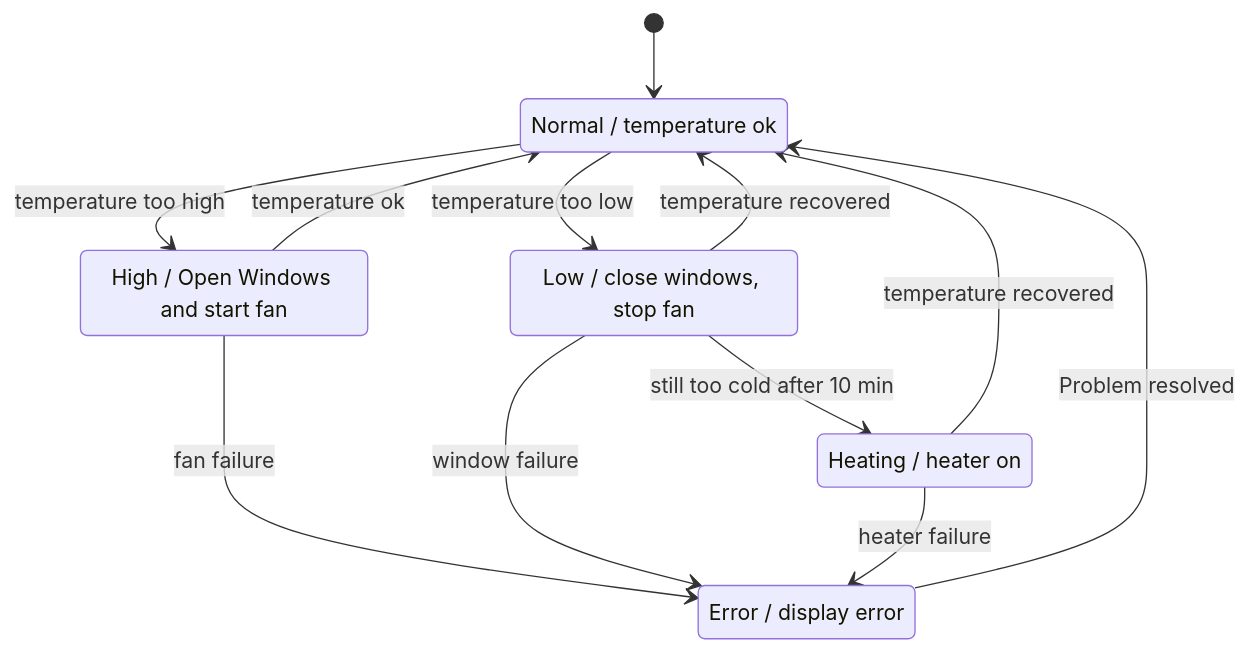
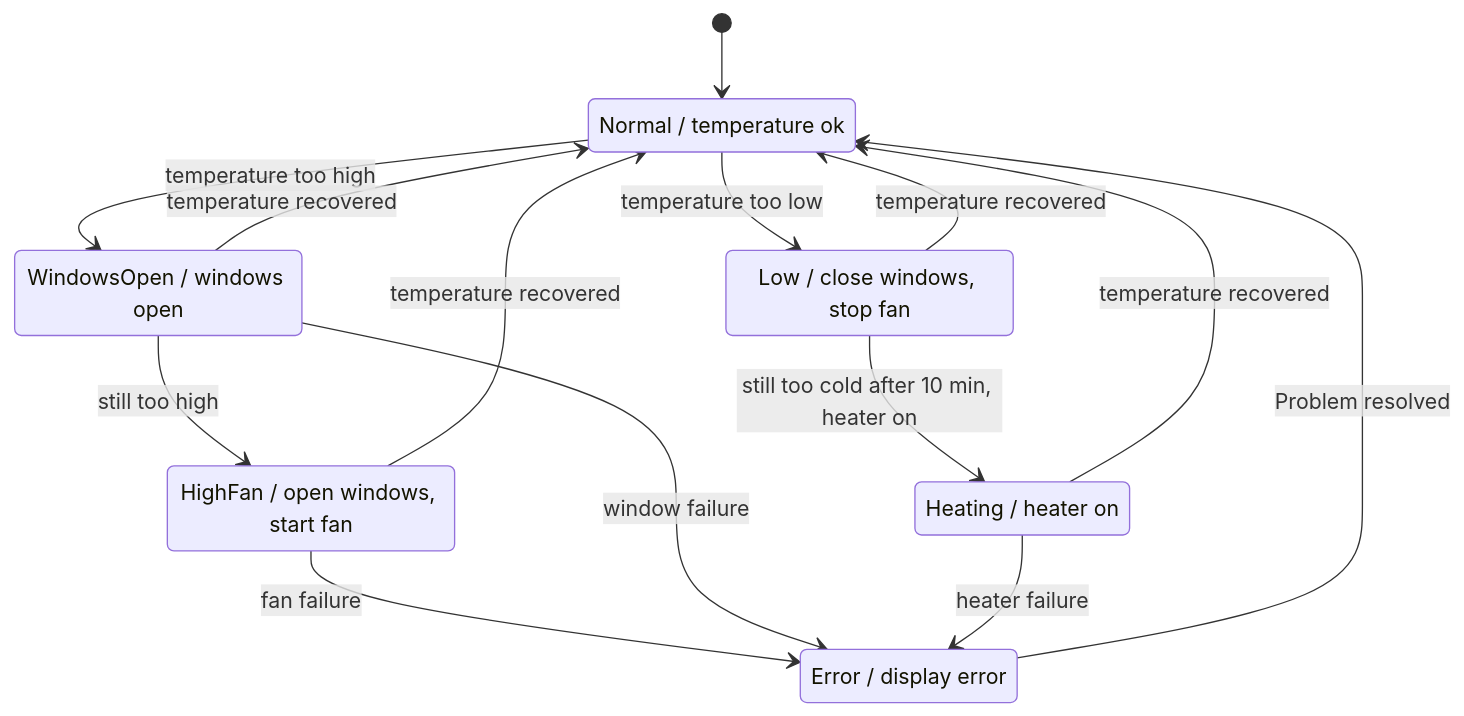
One commit to elisabettadalmasso/system-design-diagrams changed the diagram in smart-greenhouse/smart-greenhouse-state-temperature.md. Above: the diagram before and after it, drawn with Mermaid. The commit also changed 2 other files, not shown here.

Commit message:
docs: add smart greenhouse sequence diagram, update temperature and light state diagrams

````diff
--- a/smart-greenhouse/smart-greenhouse-state-temperature.md
+++ b/smart-greenhouse/smart-greenhouse-state-temperature.md
@@ -1,19 +1,22 @@
 ```mermaid
 stateDiagram-v2
    [*] --> Normal 
    Normal : Normal / temperature ok
-   Normal --> High : temperature too high
-   High : High / Open Windows and start fan 
-   High --> Normal : temperature ok
+   Normal --> WindowsOpen : temperature too high
+   WindowsOpen : WindowsOpen / windows open
+   WindowsOpen --> Normal : temperature recovered
+   WindowsOpen --> HighFan : still too high
+   HighFan : HighFan / open windows, start fan
+   HighFan --> Normal : temperature recovered
+   HighFan --> Error : fan failure
+   WindowsOpen --> Error : window failure
    Normal --> Low : temperature too low
    Low : Low / close windows, stop fan
-   Low --> Heating : still too cold after 10 min
+   Low --> Heating : still too cold after 10 min, heater on
    Low --> Normal : temperature recovered
    Heating : Heating / heater on
    Heating --> Normal : temperature recovered
-   High --> Error : fan failure
-   Low --> Error : window failure
    Heating --> Error : heater failure
    Error : Error / display error
    Error --> Normal : Problem resolved
 ```
````
